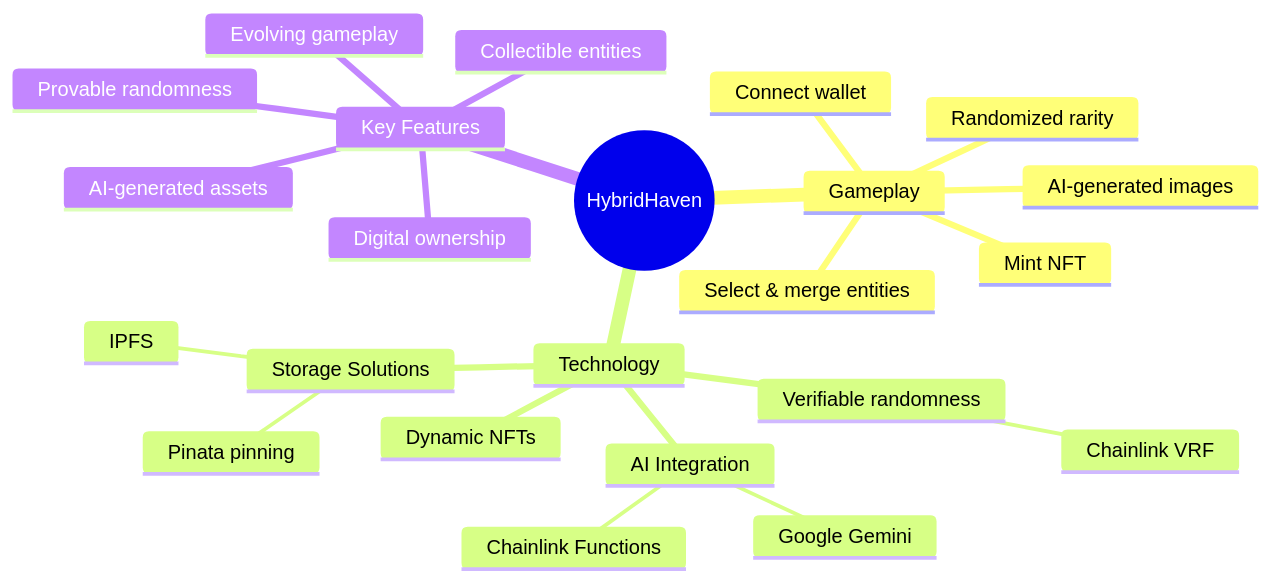
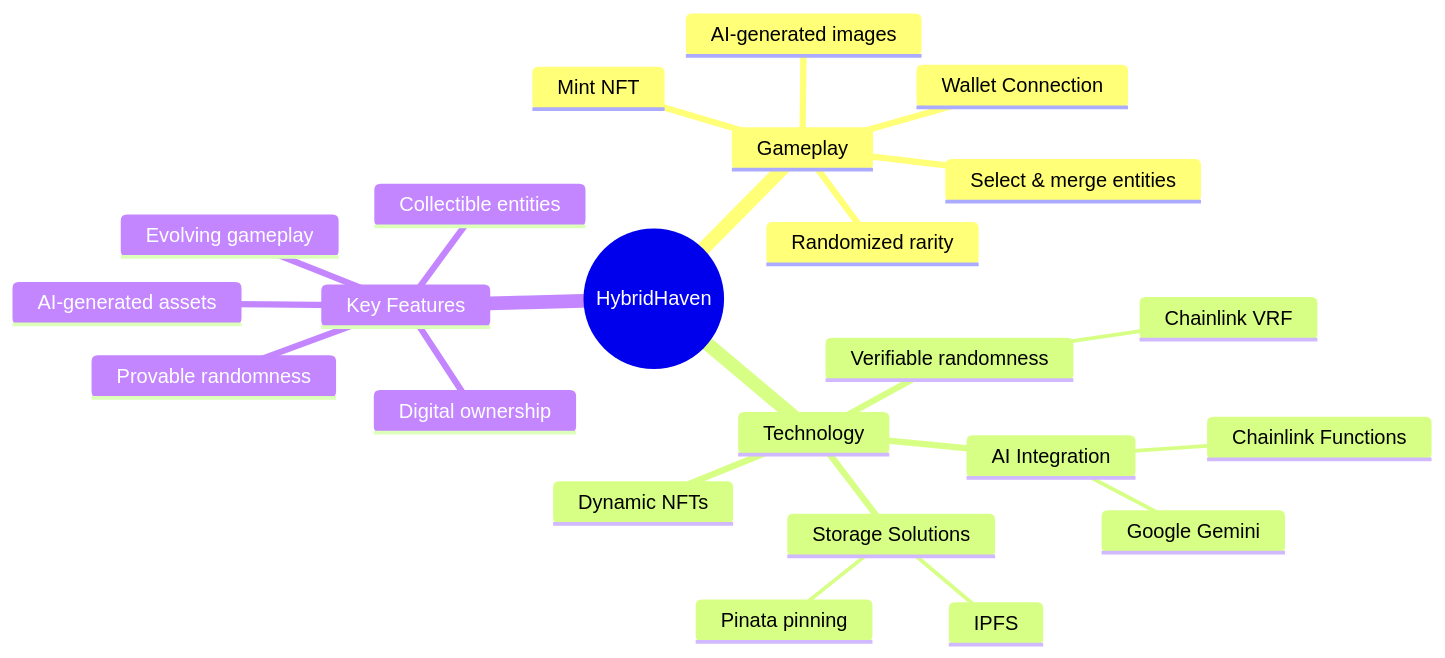
One commit to runsdev/hybridhaven changed the first of 5 diagrams in proposal/slides.md. Above: the diagram before and after it, drawn with Mermaid. The commit also changed other lines of this file, not shown here.

````diff
--- a/proposal/slides.md
+++ b/proposal/slides.md
@@ -156,26 +156,26 @@
 ```mermaid
 mindmap
   root((HybridHaven))
     Gameplay
-      Connect wallet
+      Wallet Connection
       Select & merge entities
       Randomized rarity
       AI-generated images
       Mint NFT
     Technology
       Dynamic NFTs
       Verifiable randomness
         Chainlink VRF
       AI Integration
         Google Gemini
         Chainlink Functions
       Storage Solutions
         IPFS
         Pinata pinning
     Key Features
       Provable randomness
       AI-generated assets
       Digital ownership
       Collectible entities
       Evolving gameplay
 ```
````
